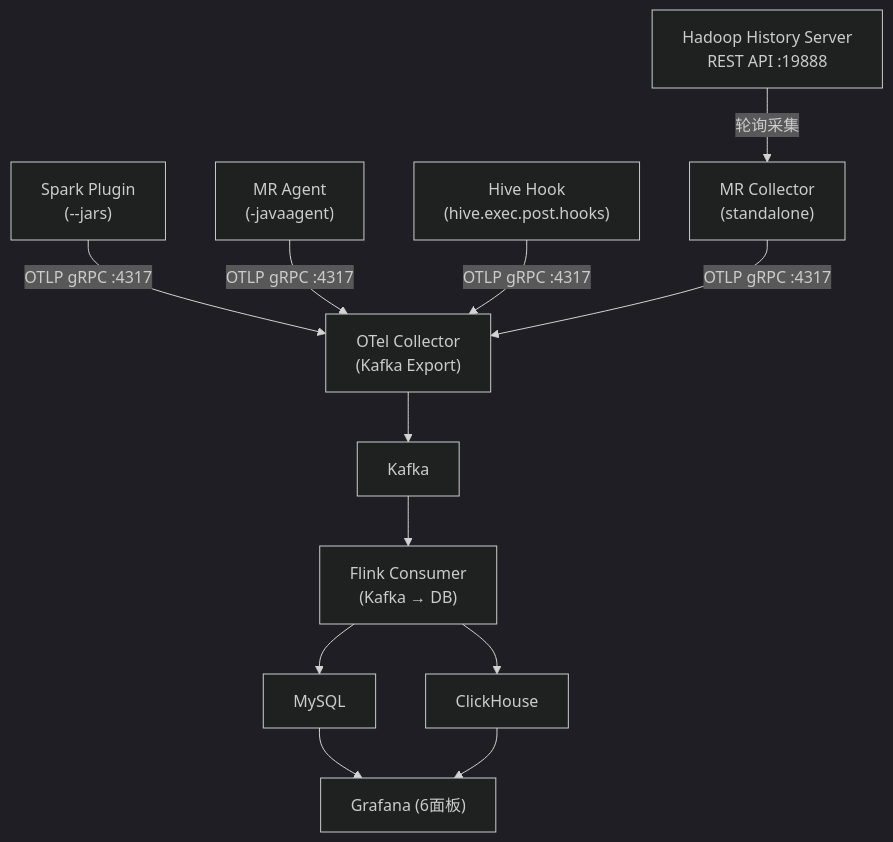
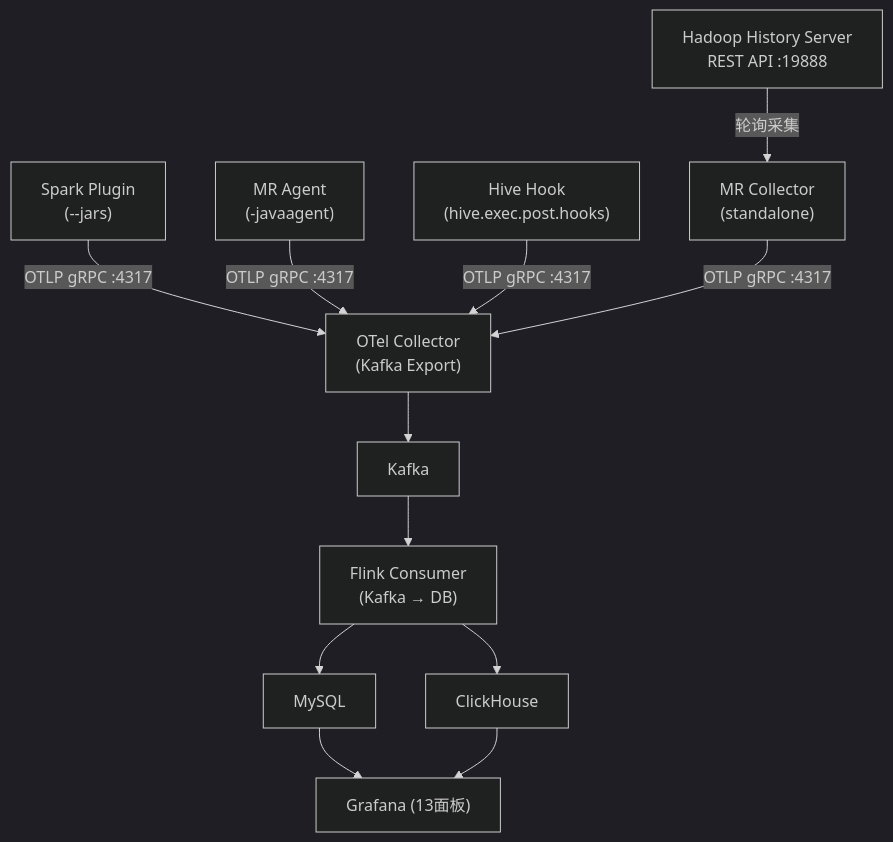
The diagram in docs/quickstart.md (xmg333/hadoop-telemetry-stack), drawn with Mermaid (dark theme) before and after one commit. The commit also changed other lines of this file and 11 other files, not shown here.

````diff
--- a/docs/quickstart.md
+++ b/docs/quickstart.md
@@ -5,28 +5,28 @@
 ```mermaid
 graph TD
     SP["Spark Plugin<br/>(--jars)"]
     MA["MR Agent<br/>(-javaagent)"]
     HH["Hive Hook<br/>(hive.exec.post.hooks)"]
     MC["MR Collector<br/>(standalone)"]
 
     OTEL["OTel Collector<br/>(Kafka Export)"]
     HS["Hadoop History Server<br/>REST API :19888"]
     KAFKA["Kafka"]
     FLINK["Flink Consumer<br/>(Kafka → DB)"]
     MYSQL["MySQL"]
     CH["ClickHouse"]
-    GRAFANA["Grafana (6面板)"]
+    GRAFANA["Grafana (13面板)"]
 
     SP -->|"OTLP gRPC :4317"| OTEL
     MA -->|"OTLP gRPC :4317"| OTEL
     HH -->|"OTLP gRPC :4317"| OTEL
     HS -->|"轮询采集"| MC
     MC -->|"OTLP gRPC :4317"| OTEL
 
     OTEL --> KAFKA
     KAFKA --> FLINK
     FLINK --> MYSQL
     FLINK --> CH
     MYSQL --> GRAFANA
     CH --> GRAFANA
 ```
````
